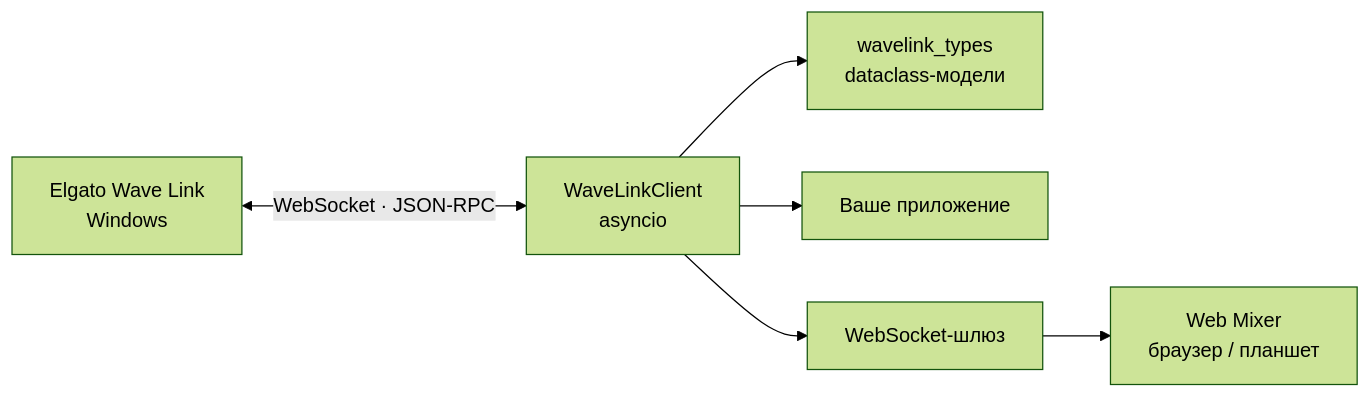
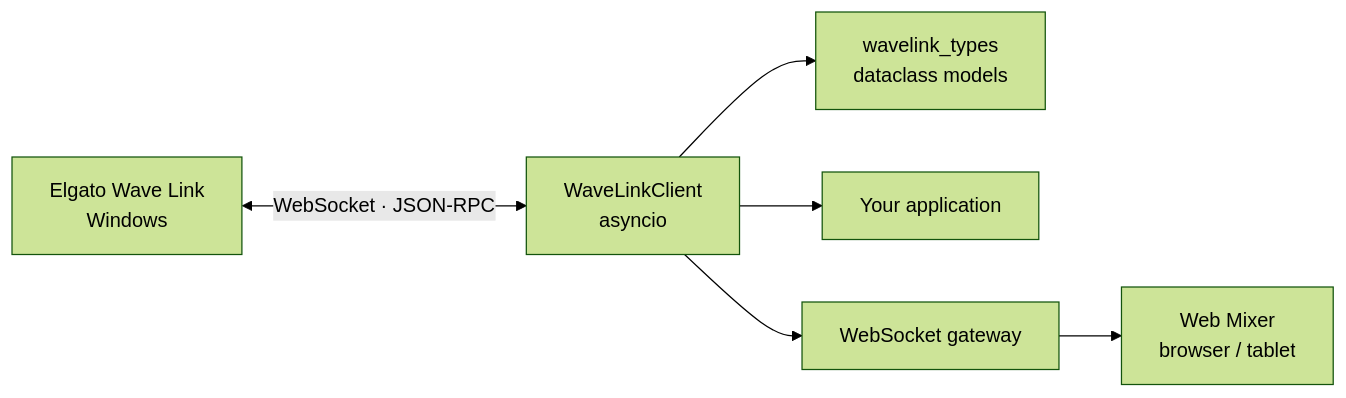
Before and after one commit to Nekit678/WaveLinkAdapter: the diagram in README.md, drawn with Mermaid (forest theme). The commit also changed other lines of this file and 1 other file, not shown here.

````diff
--- a/README.md
+++ b/README.md
@@ -75,8 +77,8 @@
 ```mermaid
 flowchart LR
     WL["Elgato Wave Link<br>Windows"] <-->|"WebSocket · JSON-RPC"| Core["WaveLinkClient<br>asyncio"]
-    Core --> Types["wavelink_types<br>dataclass-модели"]
-    Core --> App["Ваше приложение"]
-    Core --> Gateway["WebSocket-шлюз"]
-    Gateway --> Browser["Web Mixer<br>браузер / планшет"]
+    Core --> Types["wavelink_types<br>dataclass models"]
+    Core --> App["Your application"]
+    Core --> Gateway["WebSocket gateway"]
+    Gateway --> Browser["Web Mixer<br>browser / tablet"]
 ```
````
